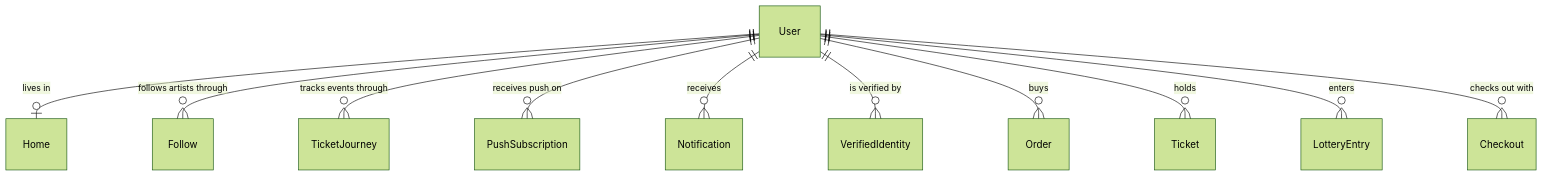
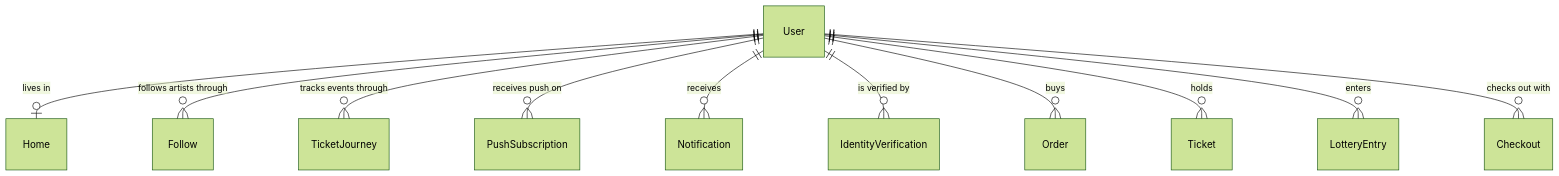
One commit to liverty-music/specification changed the diagram in openspec/specs/components/entity/user/spec.md. Above: the diagram before and after it, drawn with Mermaid (forest theme). The commit also changed 115 other files, not shown here.

````diff
--- a/openspec/specs/components/entity/user/spec.md
+++ b/openspec/specs/components/entity/user/spec.md
@@ -30,13 +30,13 @@
 ```mermaid
 erDiagram
   User ||--o| Home : "lives in"
   User ||--o{ Follow : "follows artists through"
   User ||--o{ TicketJourney : "tracks events through"
   User ||--o{ PushSubscription : "receives push on"
   User ||--o{ Notification : "receives"
-  User ||--o{ VerifiedIdentity : "is verified by"
+  User ||--o{ IdentityVerification : "is verified by"
   User ||--o{ Order : "buys"
   User ||--o{ Ticket : "holds"
   User ||--o{ LotteryEntry : "enters"
   User ||--o{ Checkout : "checks out with"
 ```
````
